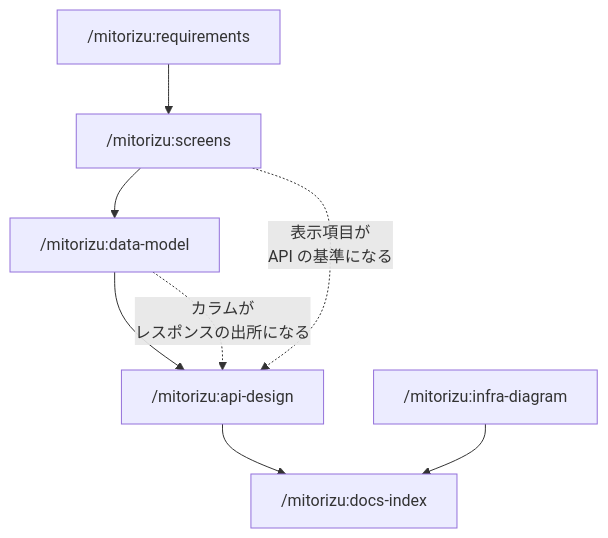
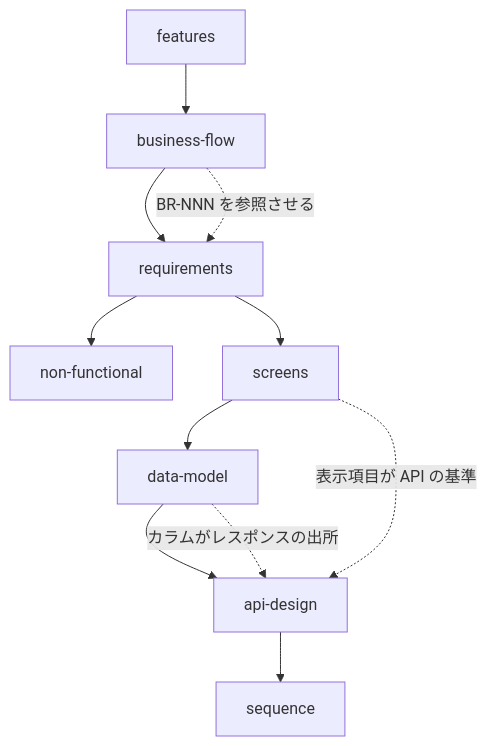
Before and after one commit to joe41203/mitorizu: the second of 4 diagrams in README.md, drawn with Mermaid. The commit also changed other lines of this file, not shown here.

````diff
--- a/README.md
+++ b/README.md
@@ -296,11 +366,14 @@
 ```mermaid
 flowchart TD
-    A["/mitorizu:requirements"] --> B["/mitorizu:screens"]
-    B --> C["/mitorizu:data-model"]
-    C --> D["/mitorizu:api-design"]
-    D --> E["/mitorizu:docs-index"]
-    F["/mitorizu:infra-diagram"] --> E
+    F["features"] --> BF["business-flow"]
+    BF --> R["requirements"]
+    R --> NF["non-functional"]
+    R --> S["screens"]
+    S --> DM["data-model"]
+    DM --> API["api-design"]
+    API --> SEQ["sequence"]
 
-    B -.->|"表示項目が<br/>API の基準になる"| D
-    C -.->|"カラムが<br/>レスポンスの出所になる"| D
+    BF -.->|"BR-NNN を参照させる"| R
+    S -.->|"表示項目が API の基準"| API
+    DM -.->|"カラムがレスポンスの出所"| API
 ```
````
